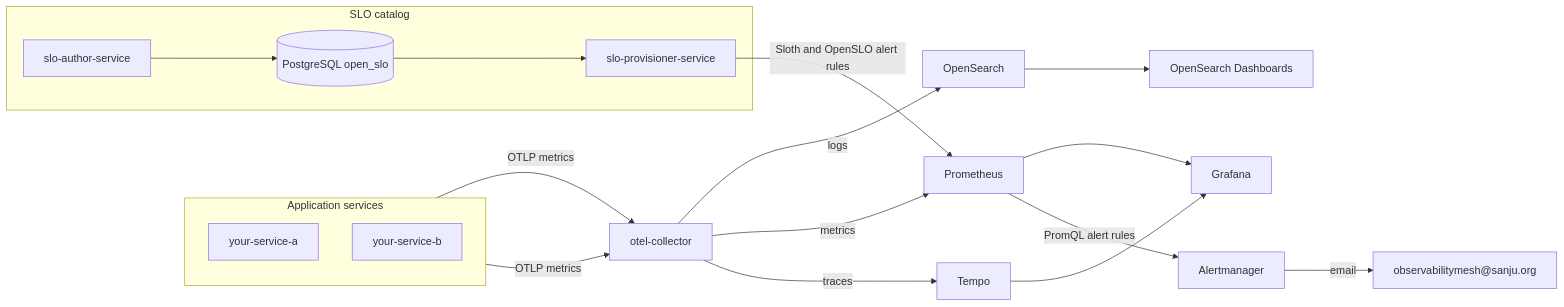
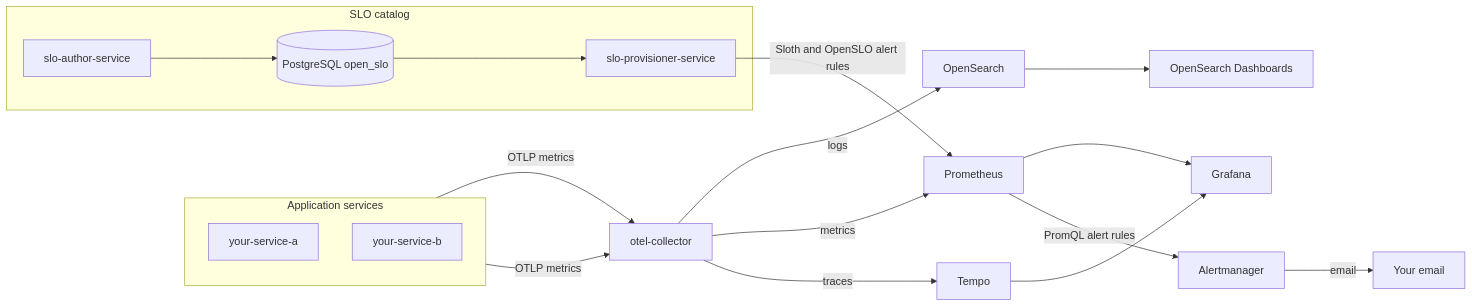
The first of 4 diagrams in README.md (sanjuthomas/observability-mesh), drawn with Mermaid before and after one commit. The commit also changed other lines of this file and 7 other files, not shown here.

````diff
--- a/README.md
+++ b/README.md
@@ -29,27 +29,27 @@
 ```mermaid
 flowchart LR
     subgraph Apps["Application services"]
         direction TB
         App1["your-service-a"]
         App2["your-service-b"]
     end
     App1 -->|OTLP metrics| OTel["otel-collector"]
     App2 -->|OTLP metrics| OTel
     OTel -->|logs| OS["OpenSearch"]
     OTel -->|metrics| Prom["Prometheus"]
     OTel -->|traces| Tempo["Tempo"]
     Prom --> Grafana["Grafana"]
     Tempo --> Grafana
     OS --> OSD["OpenSearch Dashboards"]
     Prom -->|PromQL alert rules| AM["Alertmanager"]
-    AM -->|email| Notify["observabilitymesh@sanju.org"]
+    AM -->|email| Notify["Your email"]
 
     subgraph SLO["SLO catalog"]
         SloAuth["slo-author-service"]
         Prov["slo-provisioner-service"]
         PG[("PostgreSQL open_slo")]
     end
     SloAuth --> PG
     PG --> Prov
     Prov -->|Sloth and OpenSLO alert rules| Prom
 ```
````
